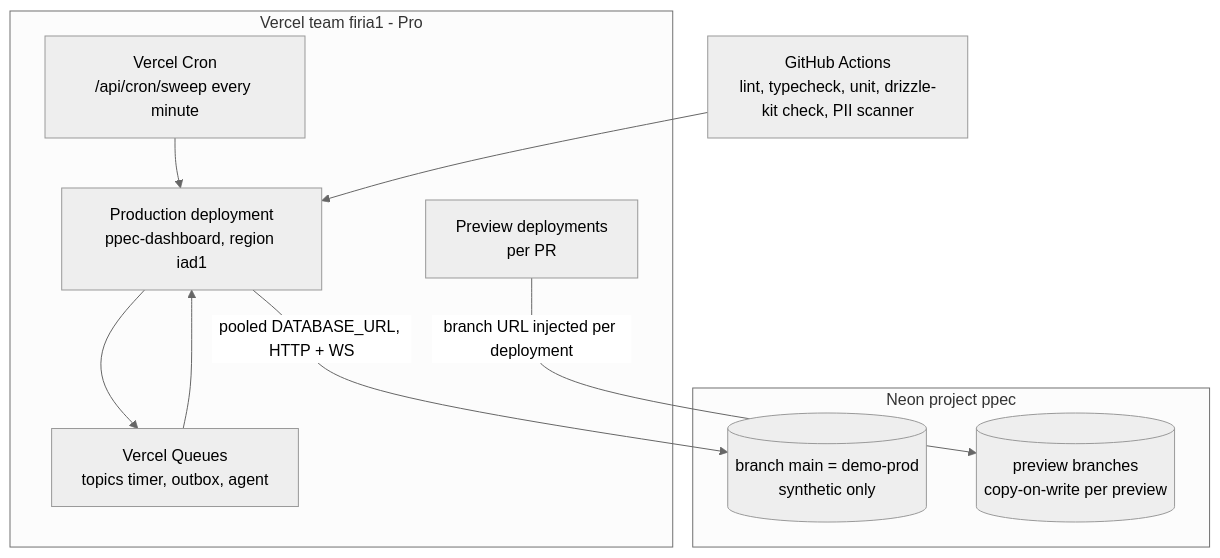
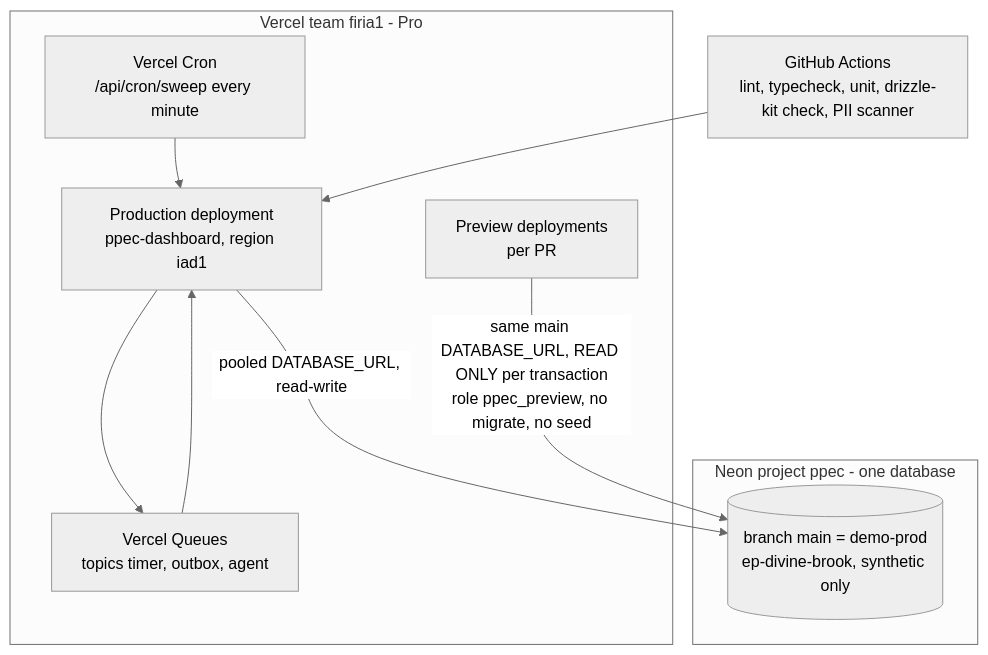
One commit to firia-ai-agent/ppec-transportation-dashboard changed the fifth of 5 diagrams in docs/ARCHITECTURE.md. Above: the diagram before and after it, drawn with Mermaid (neutral theme). The commit also changed other lines of this file and 2 other files, not shown here.

Commit message:
docs: NOTION.md lists research + Build plan M2; README/ARCHITECTURE single-DB lock

````diff
--- a/docs/ARCHITECTURE.md
+++ b/docs/ARCHITECTURE.md
@@ -218,20 +218,19 @@
 ```mermaid
 flowchart TB
   subgraph VERCEL["Vercel team firia1 - Pro"]
     PROD["Production deployment<br/>ppec-dashboard, region iad1"]
     PREV["Preview deployments<br/>per PR"]
     CRON["Vercel Cron<br/>/api/cron/sweep every minute"]
     VQ["Vercel Queues<br/>topics timer, outbox, agent"]
   end
-  subgraph NEON["Neon project ppec"]
-    MAIN[("branch main = demo-prod<br/>synthetic only")]
-    PB[("preview branches<br/>copy-on-write per preview")]
+  subgraph NEON["Neon project ppec - one database"]
+    MAIN[("branch main = demo-prod<br/>ep-divine-brook, synthetic only")]
   end
   CI["GitHub Actions<br/>lint, typecheck, unit, drizzle-kit check, PII scanner"]
-  PROD -->|pooled DATABASE_URL, HTTP + WS| MAIN
-  PREV -->|branch URL injected per deployment| PB
+  PROD -->|pooled DATABASE_URL, read-write| MAIN
+  PREV -->|same main DATABASE_URL, READ ONLY per transaction<br/>role ppec_preview, no migrate, no seed| MAIN
   CRON --> PROD
   VQ --> PROD
   PROD --> VQ
   CI --> PROD
 ```
````
